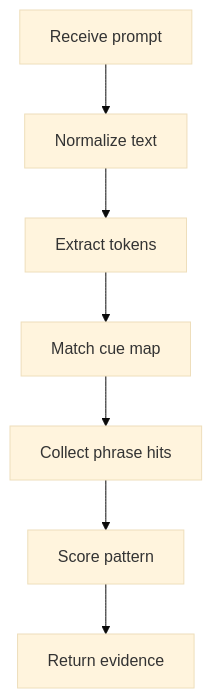
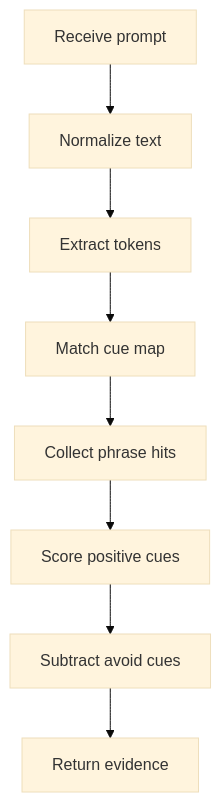
One commit to JohnAndrewBalbarosa/NeoTerritory changed the diagram in docs/Codebase/Backend/src/services/patternEvidenceService.ts.md. Above: the diagram before and after it, drawn with Mermaid (base theme). The commit also changed other lines of this file and 18 other files, not shown here.

````diff
--- a/docs/Codebase/Backend/src/services/patternEvidenceService.ts.md
+++ b/docs/Codebase/Backend/src/services/patternEvidenceService.ts.md
@@ -17,16 +19,18 @@
 ```mermaid
 flowchart TD
     Start["Receive prompt"]
     N0["Normalize text"]
     N1["Extract tokens"]
     N2["Match cue map"]
     N3["Collect phrase hits"]
-    N4["Score pattern"]
+    N4["Score positive cues"]
+    N5["Subtract avoid cues"]
     End["Return evidence"]
     Start --> N0
     N0 --> N1
     N1 --> N2
     N2 --> N3
     N3 --> N4
-    N4 --> End
+    N4 --> N5
+    N5 --> End
 ```
````
